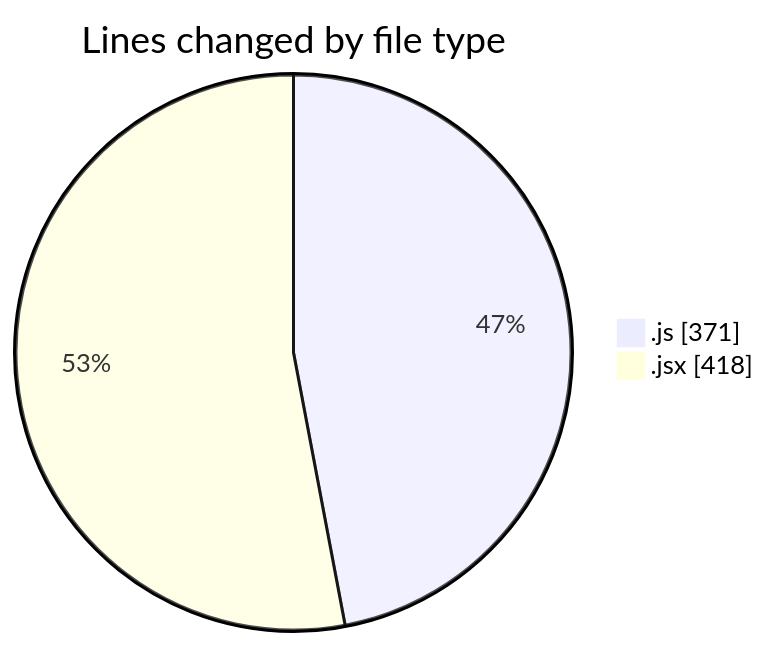
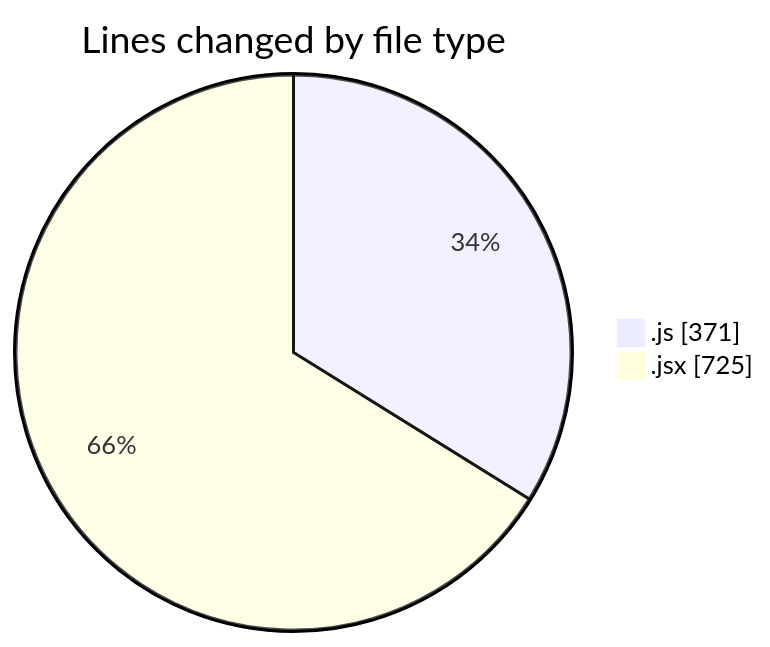
One commit to nxtqubesakshisongat/code-tracking changed the first of 2 diagrams in 2025-05-29/nxtqube_webapp/README.md. Above: the diagram before and after it, drawn with Mermaid. The commit also changed other lines of this file and 1 other file, not shown here.

````diff
--- a/2025-05-29/nxtqube_webapp/README.md
+++ b/2025-05-29/nxtqube_webapp/README.md
@@ -27,6 +28,6 @@
 ```mermaid
 pie showData
 title Lines changed by file type
 ".js" : 371
-".jsx" : 418
+".jsx" : 725
 ```
````
